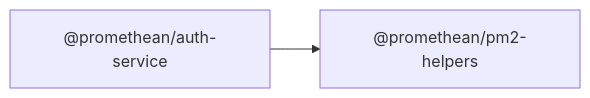
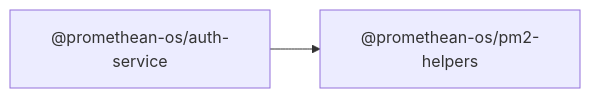
The diagram in docs/packages/auth-service/README.md (octave-commons/promethean), drawn with Mermaid before and after one commit. The commit also changed other lines of this file and 1753 other files, not shown here.

````diff
--- a/docs/packages/auth-service/README.md
+++ b/docs/packages/auth-service/README.md
@@ -14,7 +14,7 @@
 ```mermaid
 graph LR
-  A["@promethean/auth-service"]
-  D1["@promethean/pm2-helpers"]
-  A --> D1["@promethean/pm2-helpers"]
-  click D1 "../pm2-helpers/README.md" "@promethean/pm2-helpers"
+  A["@promethean-os/auth-service"]
+  D1["@promethean-os/pm2-helpers"]
+  A --> D1["@promethean-os/pm2-helpers"]
+  click D1 "../pm2-helpers/README.md" "@promethean-os/pm2-helpers"
 ```
````
